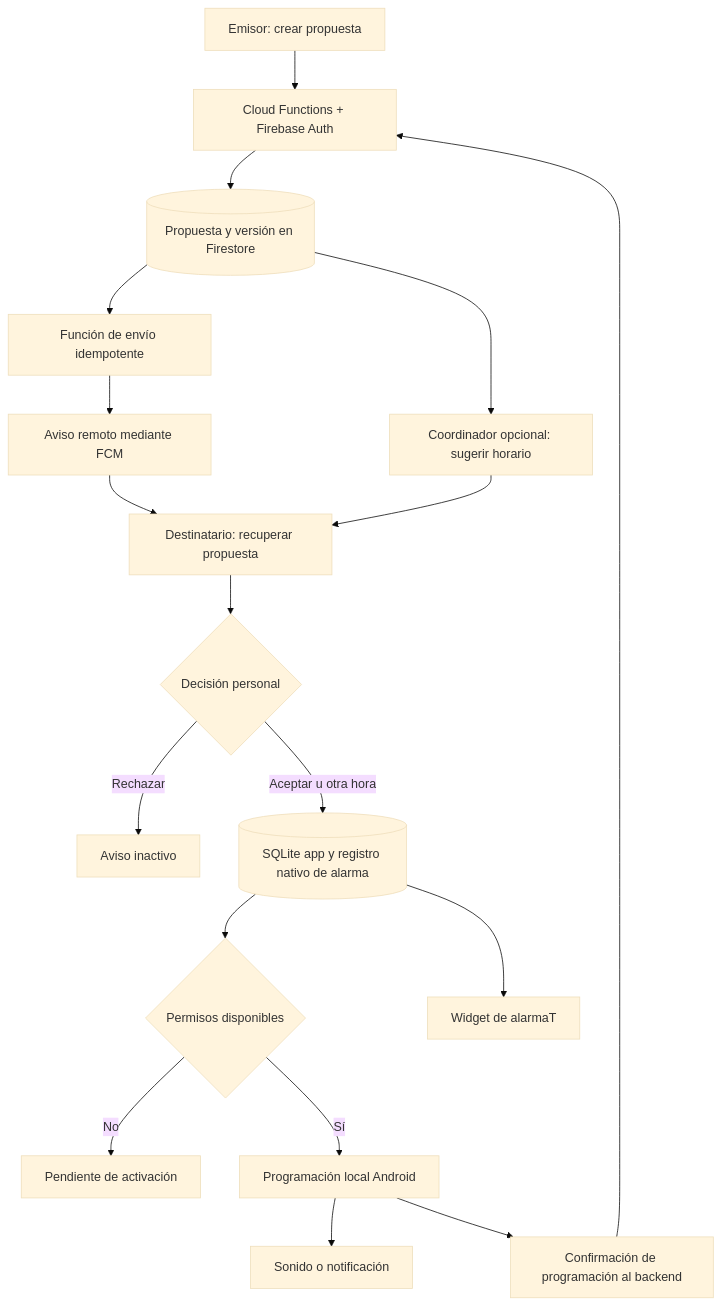
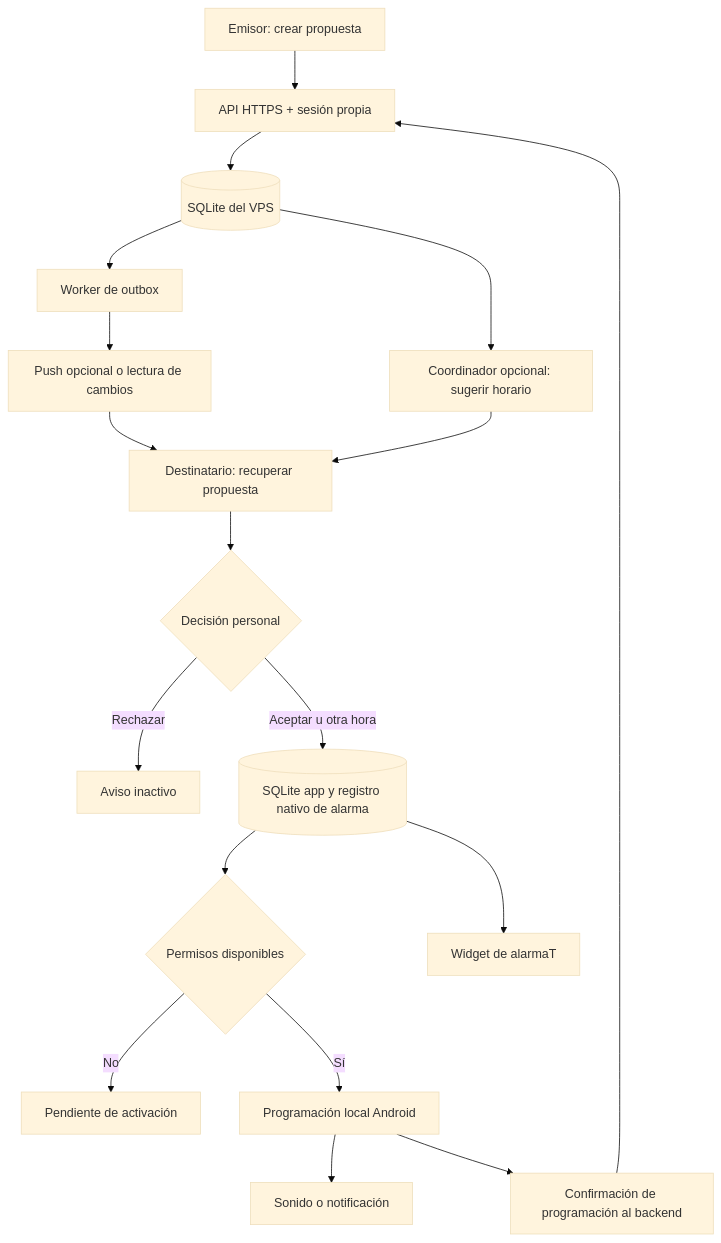
One commit to Carolechu65/HackatonETSE-ClosedAI changed the diagram in README.md. Above: the diagram before and after it, drawn with Mermaid (base theme). The commit also changed other lines of this file and 30 other files, not shown here.

Commit message:
docs: migrate all team prompts and specs to SQLite on VPS

````diff
--- a/README.md
+++ b/README.md
@@ -364,20 +361,20 @@
 ```mermaid
 flowchart TD
-    A[Emisor: crear propuesta] --> API[Cloud Functions + Firebase Auth]
-    API --> DB[(Propuesta y versión en Firestore)]
-    DB --> EVENT[Función de envío idempotente]
-    EVENT --> PUSH[Aviso remoto mediante FCM]
+    A[Emisor: crear propuesta] --> API[API HTTPS + sesión propia]
+    API --> DB[(SQLite del VPS)]
+    DB --> EVENT[Worker de outbox]
+    EVENT --> PUSH[Push opcional o lectura de cambios]
     PUSH --> B[Destinatario: recuperar propuesta]
     B --> D{Decisión personal}
     D -->|Rechazar| OFF[Aviso inactivo]
     D -->|Aceptar u otra hora| LOCAL[(SQLite app y registro nativo de alarma)]
     LOCAL --> PERM{Permisos disponibles}
     PERM -->|No| WAIT[Pendiente de activación]
     PERM -->|Sí| ALARM[Programación local Android]
     ALARM --> NOTICE[Sonido o notificación]
     ALARM --> ACK[Confirmación de programación al backend]
     ACK --> API
     LOCAL --> W[Widget de alarmaT]
     DB --> AI[Coordinador opcional: sugerir horario]
     AI --> B
 ```
````
